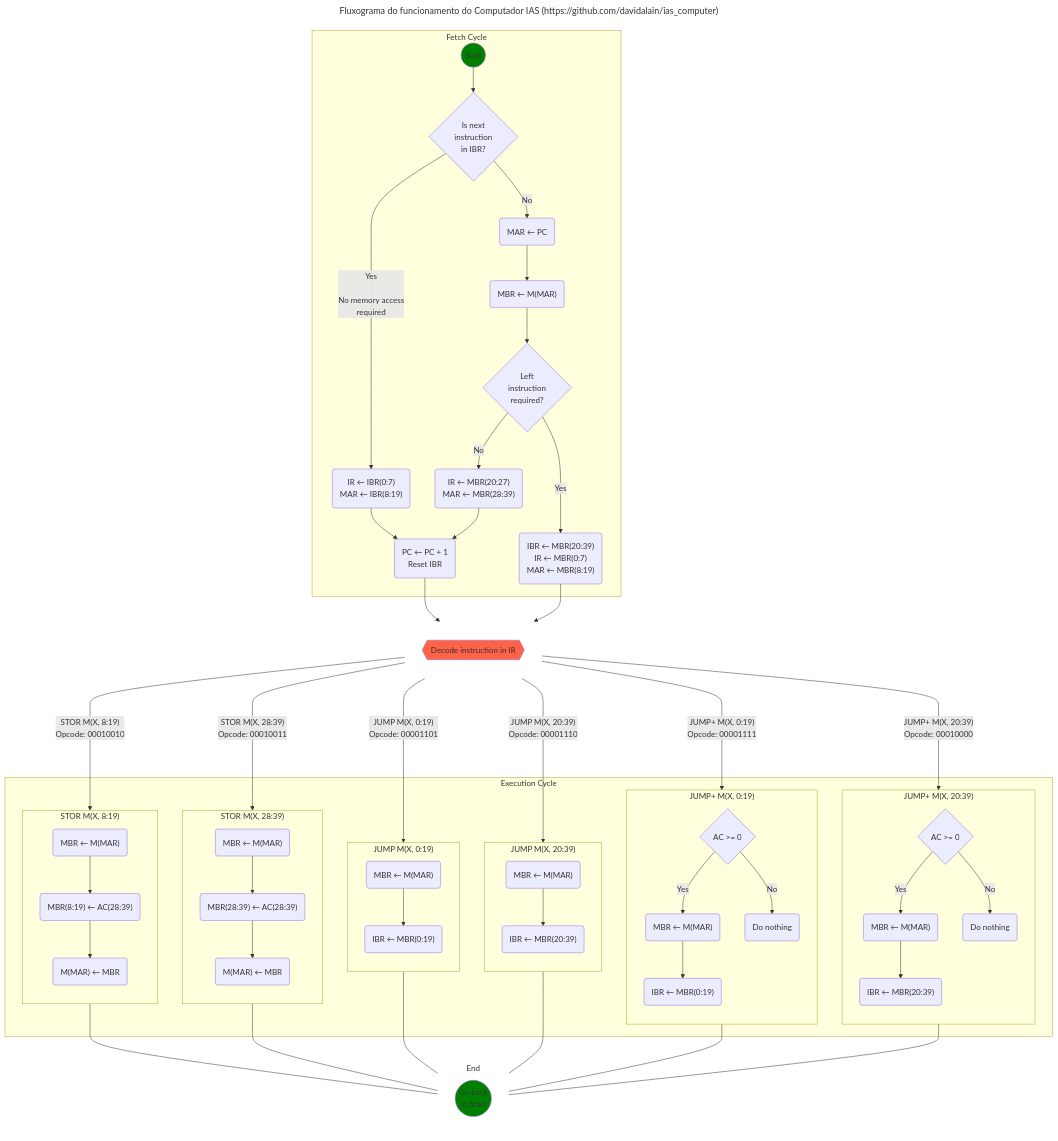
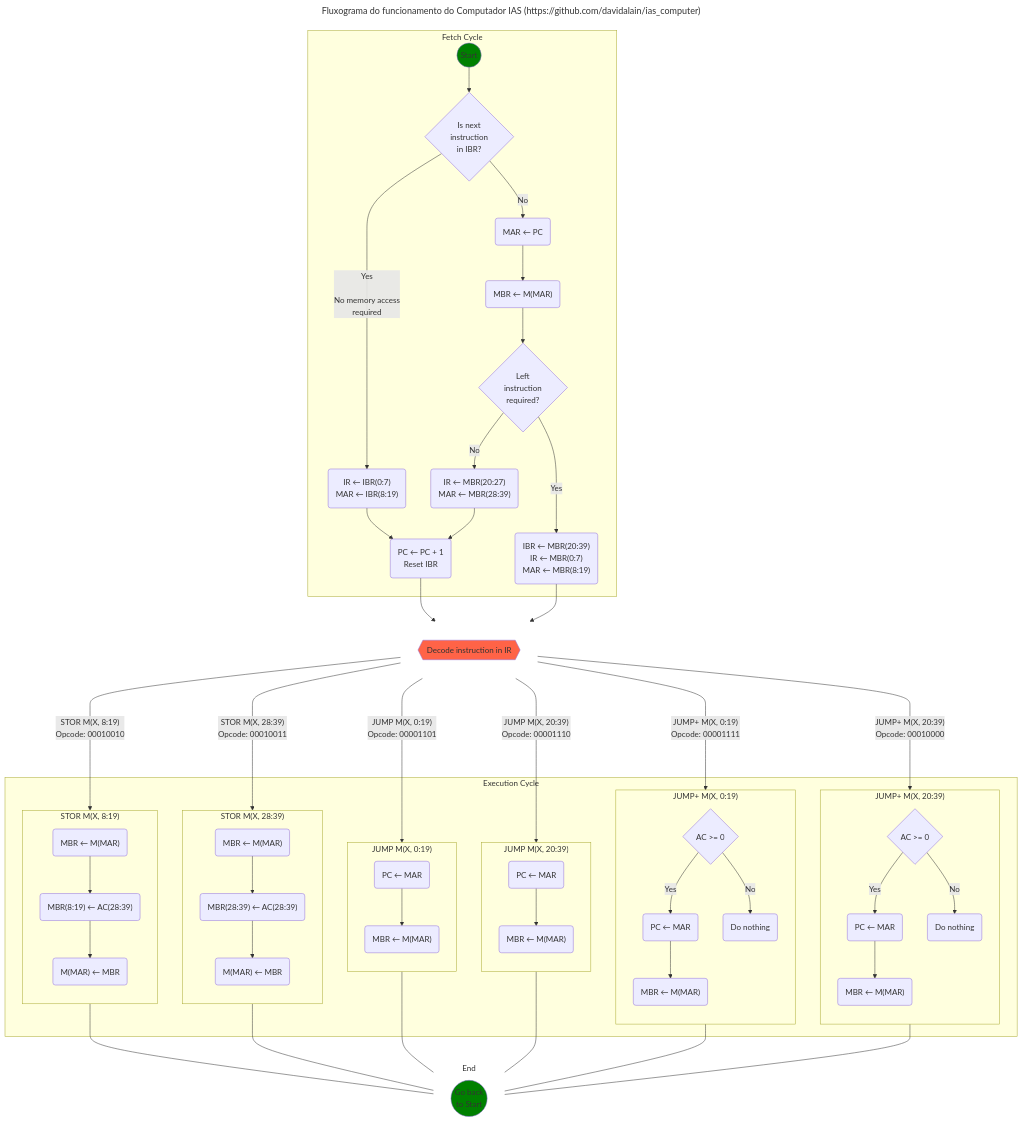
The diagram in mmd_files/flowchart_instrucoes_desvios_e_modificacao_endereco.mmd (davidalain/ias_computer), drawn with Mermaid before and after one commit.

Commit message:
alteração no funcionamento dos jumps

```diff
--- a/mmd_files/flowchart_instrucoes_desvios_e_modificacao_endereco.mmd
+++ b/mmd_files/flowchart_instrucoes_desvios_e_modificacao_endereco.mmd
@@ -1,165 +1,165 @@
 ---
 title:  Fluxograma do funcionamento do Computador IAS (https://github.com/davidalain/ias_computer)
 ---
 flowchart TB
 
 subgraph _fetch_cycle_ [Fetch Cycle]
     START((Start)):::greenClass --> B{"Is next
     instruction 
     in IBR?"}
     B --> |"Yes
 
     No memory access
     required"| F("IR ← IBR(0:7)
     MAR ← IBR(8:19)")
     F --> I
     B --> |No| C("MAR ← PC")
     C --> D("MBR ← M(MAR)")
     D --> E{"Left
     instruction
     required?"}
     E --> |No| H("IR ← MBR(20:27)
     MAR ← MBR(28:39)")
     E --> |Yes| G("IBR ← MBR(20:39)
     IR ← MBR(0:7)
     MAR ← MBR(8:19)")
     H --> I("PC ← PC + 1
     Reset IBR")
 end
 
 subgraph _decode_ [ ]
     I --> DECODE
     G --> DECODE
     DECODE{{"Decode instruction in IR"}}:::orangeClass
 
     style _decode_ fill:transparent,stroke:transparent
 
     direction TB
 end
 
 
 subgraph _execution_cycle_ [Execution Cycle]
 
     %%%% Instruções de desvio condicional, desvio incondicional e modificação de endereço
     %% [Eliane de Melo Cordeiro](https://github.com/ElianeCordeiro)
     %% [Flávio Filipe França Farias](https://github.com/trewq010)
     %% [Maria Eduarda Veloso Cânha](https://github.com/dudacanha)
     %% [Laura Maria Farias Silva](https://github.com/laura-farias-dev)
     %% [Wanessa Santana Ferreira](https://github.com/Wanessaa)
 
     DECODE --> |"STOR M(X, 8:19)
     Opcode: 00010010" | STOR_MXL
 
     %% A instrução STOR M(X, 8:19) substitui os bits de endereço da instrução esquerda, do bit 28 ao 39, de um local de memória chamado M(X), pelos bits do 28 ao 39 do acumulador (AC). Para isso, o processo passa pelo Registrador de Memória do Barramento (MBR), pois o AC não tem acesso direto à memória. Dessa forma, o conteúdo da memória tem que ser transferido para o MBR, que pode acessar tanto a memória quanto o AC. Então, o MBR substitui os bits do 8 ao 19 pelo conteúdo dos bits do 28 ao 39 do AC. Após a modificação, o conteúdo atualizado é transferido de volta para a memória M(X), finalizando o processo de modificação do campo de endereço da instrução esquerda em M(X).
 
     subgraph STOR_MXL ["STOR M(X, 8:19)"]
         STOR_MXL1("MBR ← M(MAR)")
         STOR_MXL2("MBR(8:19) ← AC(28:39)")
         STOR_MXL3("M(MAR) ← MBR")
 
         STOR_MXL1 --> STOR_MXL2
         STOR_MXL2 --> STOR_MXL3
         direction TB
     end
 
 
     DECODE --> |"STOR M(X, 28:39)
     Opcode: 00010011"|STOR_MXR 
 
     %% A instrução STOR M(X, 28:39) substitui os bits de endereço na instrução direita, do bit 28º ao 39º, de um local de memória chamado M(X), pelos respectivos bits do 28º ao 39º do acumulador (AC). Para isso, o processo passa pelo Registrador de Memória do Barramento (MBR), pois o AC não tem acesso direto à memória. Dessa forma, o conteúdo da memória tem que ser transferido para o MBR, que pode acessar tanto a memória quanto o AC.Então, o MBR substitui os bits do 28º ao 39º pelo conteúdo correspondente do AC. Após a modificação, o conteúdo atualizado é transferido de volta para a memória M(X), finalizando o processo de modificação do campo de endereço da instrução direita em M(X).
 
     subgraph STOR_MXR ["STOR M(X, 28:39)"]
         STOR_MXR1("MBR ← M(MAR)")
         STOR_MXR2("MBR(28:39) ← AC(28:39)")
         STOR_MXR3("M(MAR) ← MBR")
 
         STOR_MXR1 --> STOR_MXR2
         STOR_MXR2 --> STOR_MXR3
         direction TB
     end
 
 
     DECODE --> |"JUMP M(X, 0:19)
     Opcode: 00001101"|JUMP_ML
 
 	%% A instrução JUMP M(X, 0:19), ao receber o endereço de memória (MAR) do ciclo de busca, acessa a palavra de memória que contém duas intruções e armazena esse conteúdo no MBR. O endereço de memória presente na instrução localizada à esquerda desse conteúdo é lido e armazenado no contador de programa (PC). O que indica que o conteúdo apontado por esse endereço será executado no próximo ciclo de busca, independente do conteúdo do registrador IBR ou o que estava armazenado anteriormente em PC.
 
     subgraph JUMP_ML ["JUMP M(X, 0:19)"]
-	    JUMP_MXL1("MBR ← M(MAR)")
-        JUMP_MXL2("IBR ← MBR(0:19)")
+        JUMP_MXL1("PC ← MAR")
+	    JUMP_MXL2("MBR ← M(MAR)")
 
         JUMP_MXL1 --> JUMP_MXL2
 
         direction TB
     end
 
 
     DECODE --> |"JUMP M(X, 20:39)
     Opcode: 00001110"|JUMP_MR
 
     %% A instrução JUMP M(X, 20:39),  ao receber o endereço de memória (MAR) do ciclo de busca, acessa a palavra de memória que contém duas intruções e armazena esse conteúdo no MBR. O endereço de memória presente na instrução localizada à direita desse conteúdo é lido e armazenado no contador de programa (PC). O que indica que o conteúdo apontado por esse endereço será executado no próximo ciclo de busca, independente do conteúdo do registrador IBR ou o que estava armazenado anteriormente em PC.
 
     subgraph JUMP_MR ["JUMP M(X, 20:39)"]
-        JUMP_MXR1("MBR ← M(MAR)")
-        JUMP_MXR2("IBR ← MBR(20:39)")
+        JUMP_MXR1("PC ← MAR")
+        JUMP_MXR2("MBR ← M(MAR)")
 
         JUMP_MXR1 --> JUMP_MXR2
         direction TB
     end
 
 
     DECODE ----> |"JUMP+ M(X, 0:19)
     Opcode: 00001111"|JUMP+_ML
 
     %% A instrução JUMP+ M(X, 0:19) tem o efeito de saltar para a instrução esquerda da memória apenas se o valor contido no registrador AC for maior ou igual a zero, indicando que AC não é um número negativo. Caso contrário, se o valor em AC for negativo, o fluxo de execução continua normalmente, mantendo os mesmos valores nos registradores.
 
     subgraph JUMP+_ML ["JUMP+ M(X, 0:19)"]
         JUMP1_MXL1{"AC >= 0"}
-        JUMP1_MXL2("MBR ← M(MAR)")
-        JUMP1_MXL3("IBR ← MBR(0:19)")
+        JUMP1_MXL2("PC ← MAR")
+        JUMP1_MXL3("MBR ← M(MAR)")
         DO_NOTHING_L("Do nothing")
        
         JUMP1_MXL1 --> |Yes| JUMP1_MXL2
         JUMP1_MXL1 --> |No| DO_NOTHING_L
         JUMP1_MXL2 -->  JUMP1_MXL3
         direction TB
     end
 
 
     DECODE ----> |"JUMP+ M(X, 20:39)
     Opcode: 00010000"|JUMP+_MR
 
     %% A instrução JUMP+ M(X, 20:39) tem o efeito de saltar para a instrução direita da memória apenas se o valor contido no registrador AC for maior ou igual a zero, indicando que AC não é um número negativo. Caso contrário, se o valor em AC for negativo, o fluxo de execução continua normalmente, mantendo os mesmos valores nos registradores.  
       
     subgraph JUMP+_MR ["JUMP+ M(X, 20:39)"]
         JUMP1_MXR1{"AC >= 0"}
-        JUMP1_MXR2("MBR ← M(MAR)")
-        JUMP1_MXR3("IBR ← MBR(20:39)")
+        JUMP1_MXR2("PC ← MAR")
+        JUMP1_MXR3("MBR ← M(MAR)")
         DO_NOTHING_R("Do nothing")
 
         JUMP1_MXR1 --> |Yes| JUMP1_MXR2
         JUMP1_MXR1 --> |No| DO_NOTHING_R
         JUMP1_MXR2 -->  JUMP1_MXR3
         direction TB
     end
 	
 end
 
 subgraph _end_ [End]
     style _end_ fill:transparent,stroke:transparent
 
     END(("Go back
     to Start")):::greenClass
 
     STOR_MXL --- END
     STOR_MXR --- END
     JUMP_ML --- END
     JUMP_MR --- END
     JUMP+_ML --- END
     JUMP+_MR --- END
 	
     direction TB
 end
 
 classDef greenClass fill:#008000
 classDef orangeClass fill:#FF6347
```
